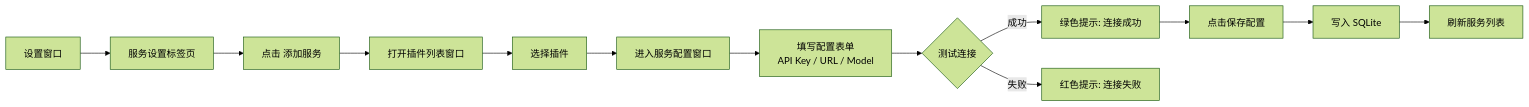
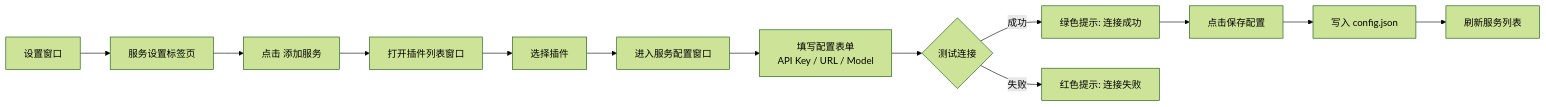
One commit to coutcin-xw/Transight changed the second of 5 diagrams in docs/system-design.md. Above: the diagram before and after it, drawn with Mermaid (forest theme). The commit also changed other lines of this file and 1 other file, not shown here.

First line of the commit message:
docs: 清理过时内容 — 移除 SQLite 引用, 更新配置模型, 统一适配器列表

````diff
--- a/docs/system-design.md
+++ b/docs/system-design.md
@@ -298,15 +298,15 @@
 ```mermaid
 graph LR
     A["设置窗口"] --> B["服务设置标签页"]
     B --> C["点击 添加服务"]
     C --> D["打开插件列表窗口"]
     D --> E["选择插件"]
     E --> F["进入服务配置窗口"]
     F --> G["填写配置表单<br/>API Key / URL / Model"]
     G --> H{"测试连接"}
     H -->|"成功"| I["绿色提示: 连接成功"]
     H -->|"失败"| J["红色提示: 连接失败"]
     I --> K["点击保存配置"]
-    K --> L["写入 SQLite"]
+    K --> L["写入 config.json"]
     L --> M["刷新服务列表"]
 ```
````
